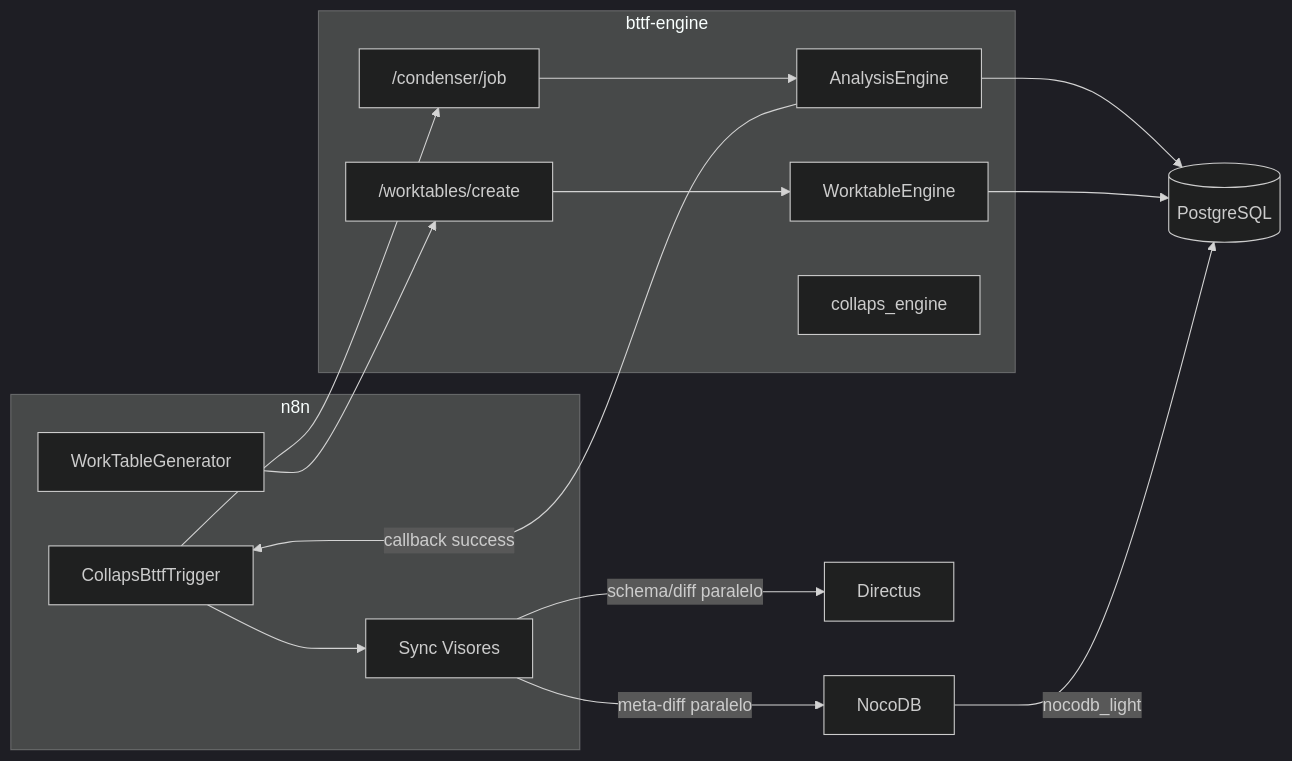
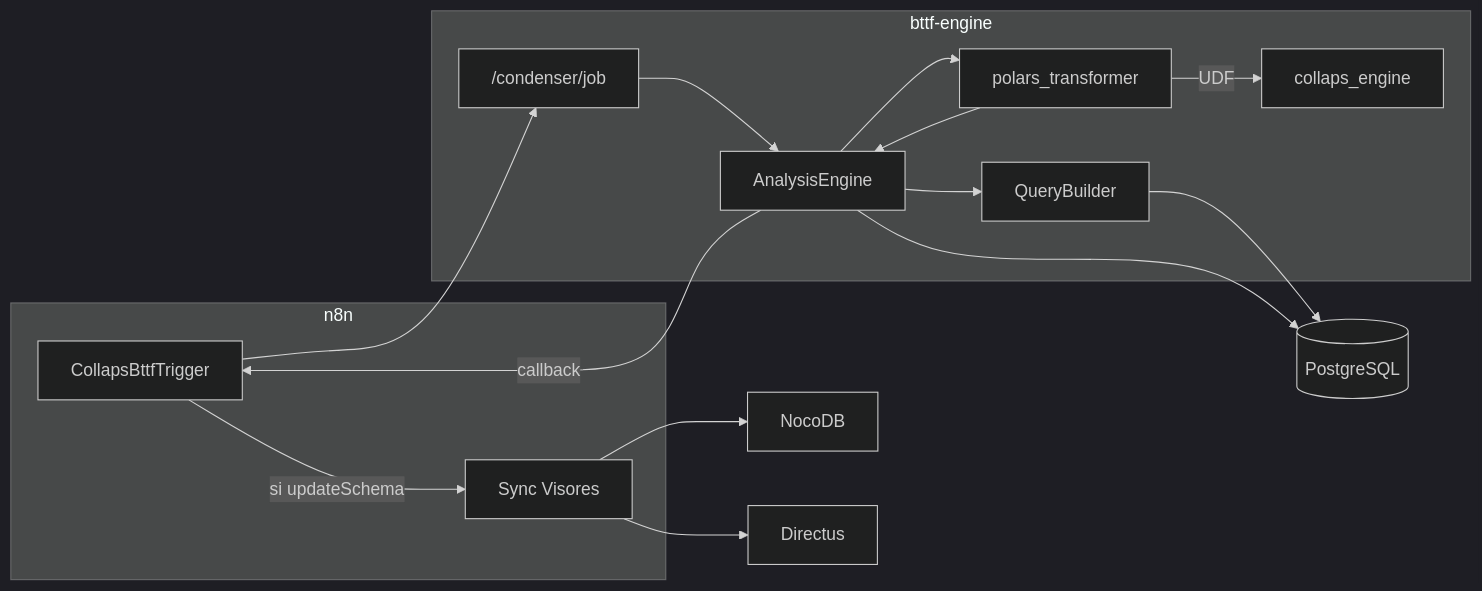
The diagram in arquitectura/componentes-y-limites.md (jgutierrez-kubic/collaps-docs), drawn with Mermaid (dark theme) before and after one commit. The commit also changed other lines of this file and 9 other files, not shown here.

First line of the commit message:
docs: document Release Stable hybrid Polars engine and Cloud Run hardening

````diff
--- a/arquitectura/componentes-y-limites.md
+++ b/arquitectura/componentes-y-limites.md
@@ -7,28 +7,29 @@
 ```mermaid
 flowchart LR
   subgraph n8n["n8n"]
     TRG[CollapsBttfTrigger]
-    WT[WorkTableGenerator]
     SYNC[Sync Visores]
   end
 
   subgraph core["bttf-engine"]
-    API1["/condenser/job"]
-    API2["/worktables/create"]
+    API["/condenser/job"]
+    QB[QueryBuilder]
     AE[AnalysisEngine]
-    WTE[WorktableEngine]
+    PL[polars_transformer]
     CE[collaps_engine]
   end
 
   PG[(PostgreSQL)]
   NC[NocoDB]
   DX[Directus]
 
-  TRG --> API1 --> AE --> PG
-  WT --> API2 --> WTE --> PG
-  AE -->|callback success| TRG
-  TRG --> SYNC
-  SYNC -->|meta-diff paralelo| NC
-  SYNC -->|schema/diff paralelo| DX
-  NC -->|nocodb_light| PG
+  TRG --> API --> AE
+  AE --> QB --> PG
+  AE --> PL
+  PL -->|UDF| CE
+  PL --> AE --> PG
+  AE -->|callback| TRG
+  TRG -->|si updateSchema| SYNC
+  SYNC --> NC
+  SYNC --> DX
 ```
````
